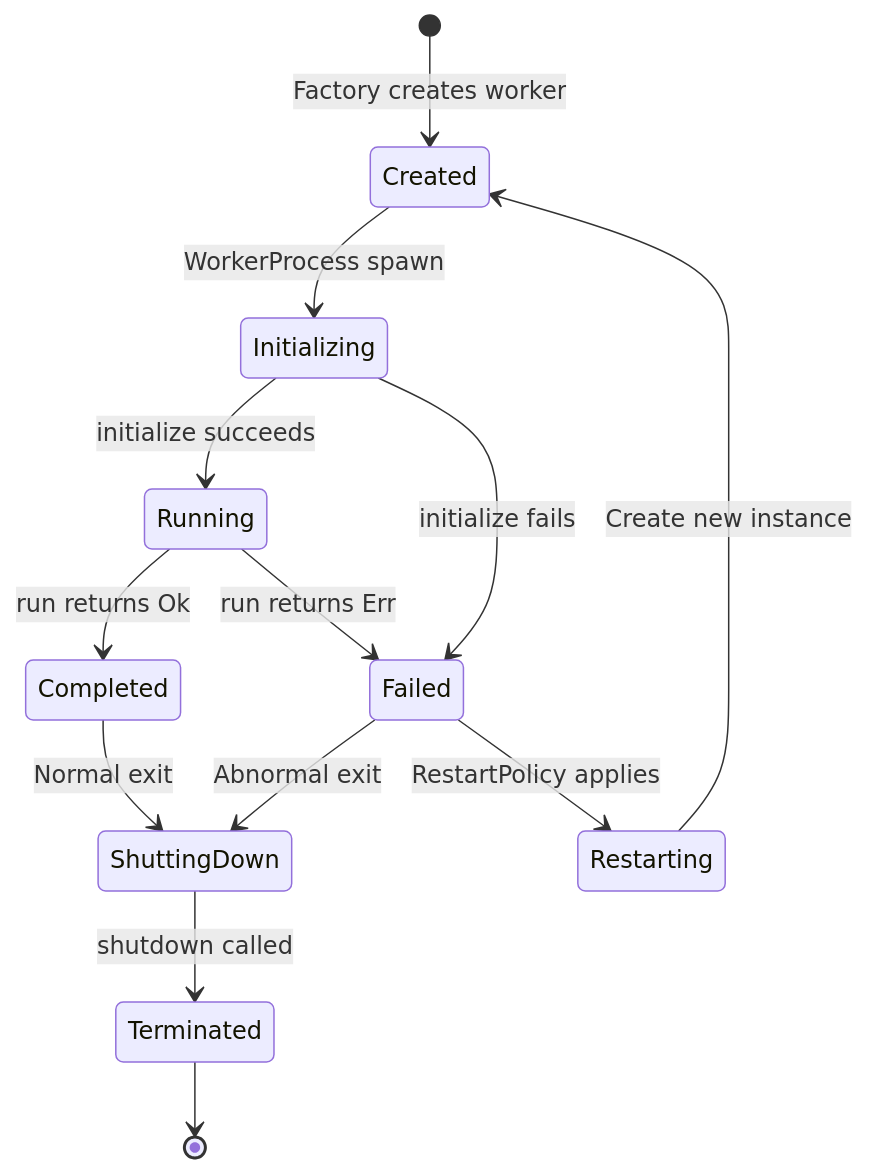
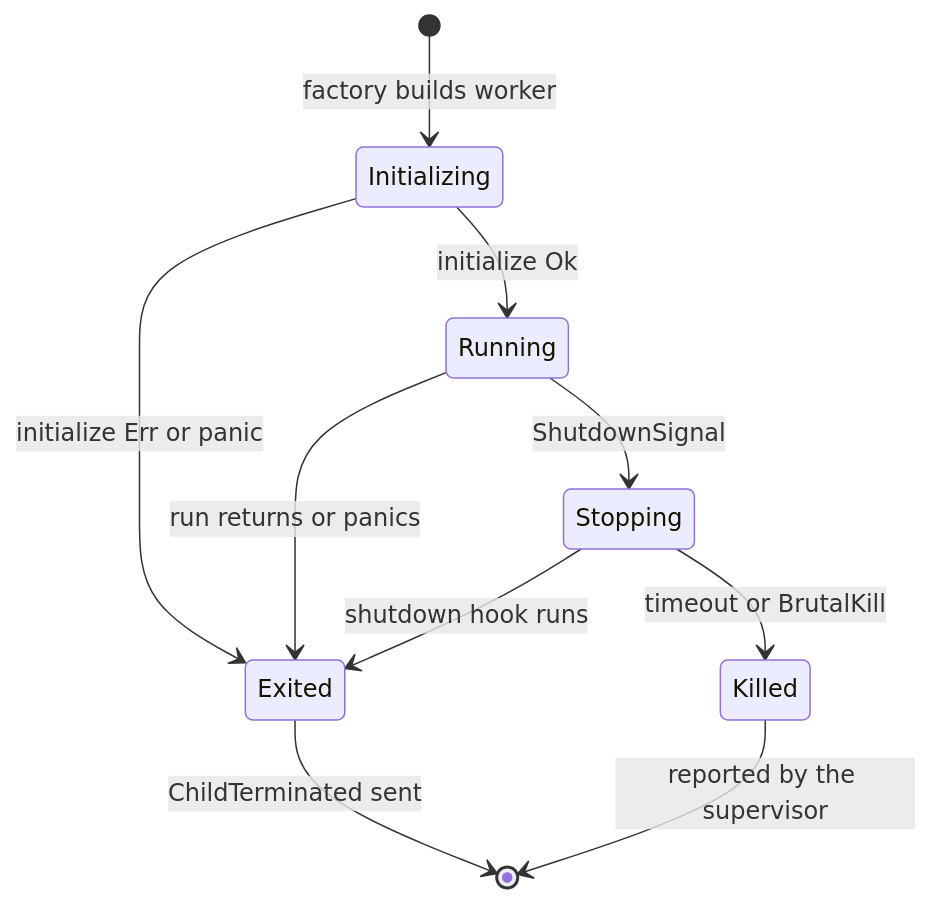
One commit to ashforge-rs/ash-flare changed the second of 4 diagrams in architecture.md. Above: the diagram before and after it, drawn with Mermaid. The commit also changed other lines of this file and 4 other files, not shown here.

First line of the commit message:
docs: rewrite README, architecture and crate docs for 4.0; add a changelog

````diff
--- a/architecture.md
+++ b/architecture.md
@@ -238,16 +61,12 @@
 ```mermaid
 stateDiagram-v2
-    [*] --> Created: Factory creates worker
-    Created --> Initializing: WorkerProcess spawn
-    Initializing --> Running: initialize succeeds
-    Initializing --> Failed: initialize fails
-    Running --> Completed: run returns Ok
-    Running --> Failed: run returns Err
-    Completed --> ShuttingDown: Normal exit
-    Failed --> ShuttingDown: Abnormal exit
-    ShuttingDown --> Terminated: shutdown called
-    Terminated --> [*]
-    
-    Failed --> Restarting: RestartPolicy applies
-    Restarting --> Created: Create new instance
+    [*] --> Initializing: factory builds worker
+    Initializing --> Running: initialize Ok
+    Initializing --> Exited: initialize Err or panic
+    Running --> Exited: run returns or panics
+    Running --> Stopping: ShutdownSignal
+    Stopping --> Exited: shutdown hook runs
+    Stopping --> Killed: timeout or BrutalKill
+    Exited --> [*]: ChildTerminated sent
+    Killed --> [*]: reported by the supervisor
 ```
````
